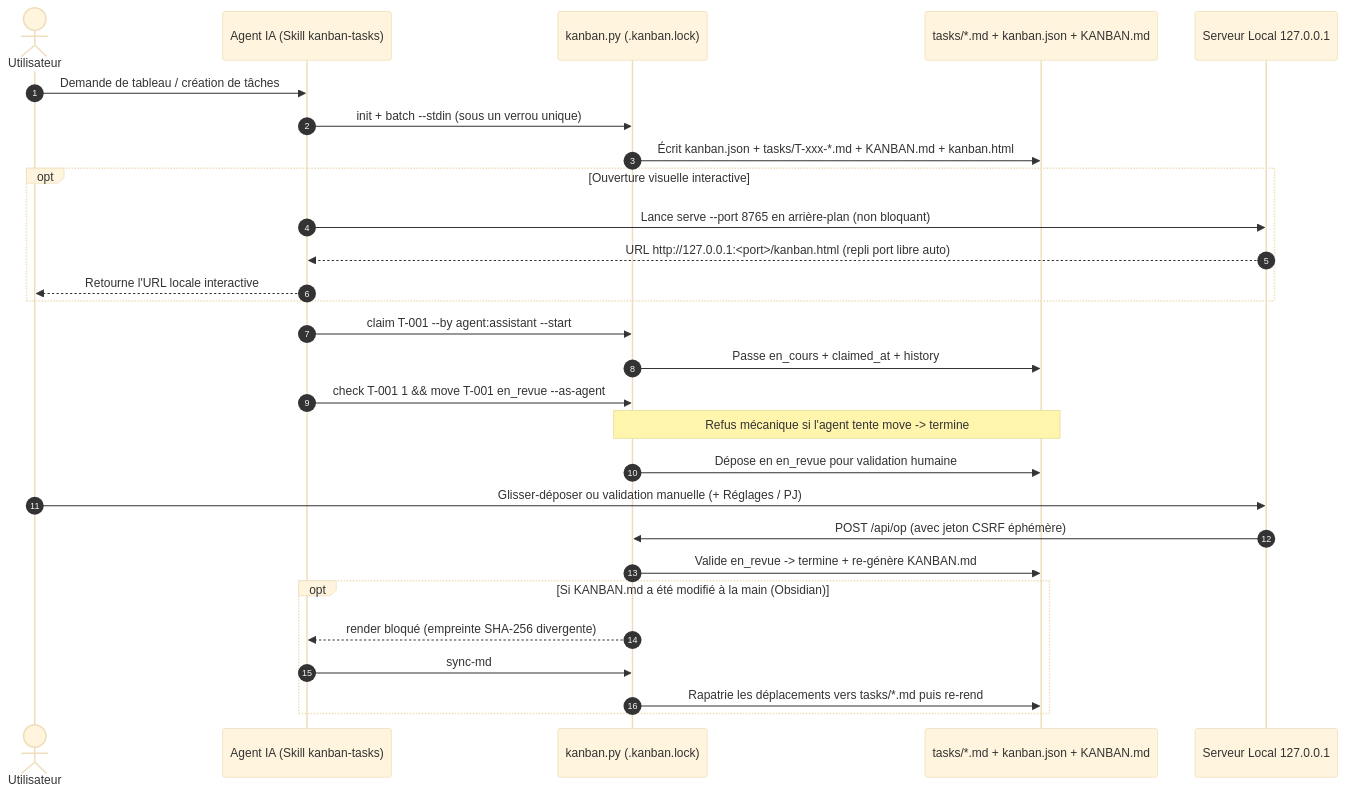
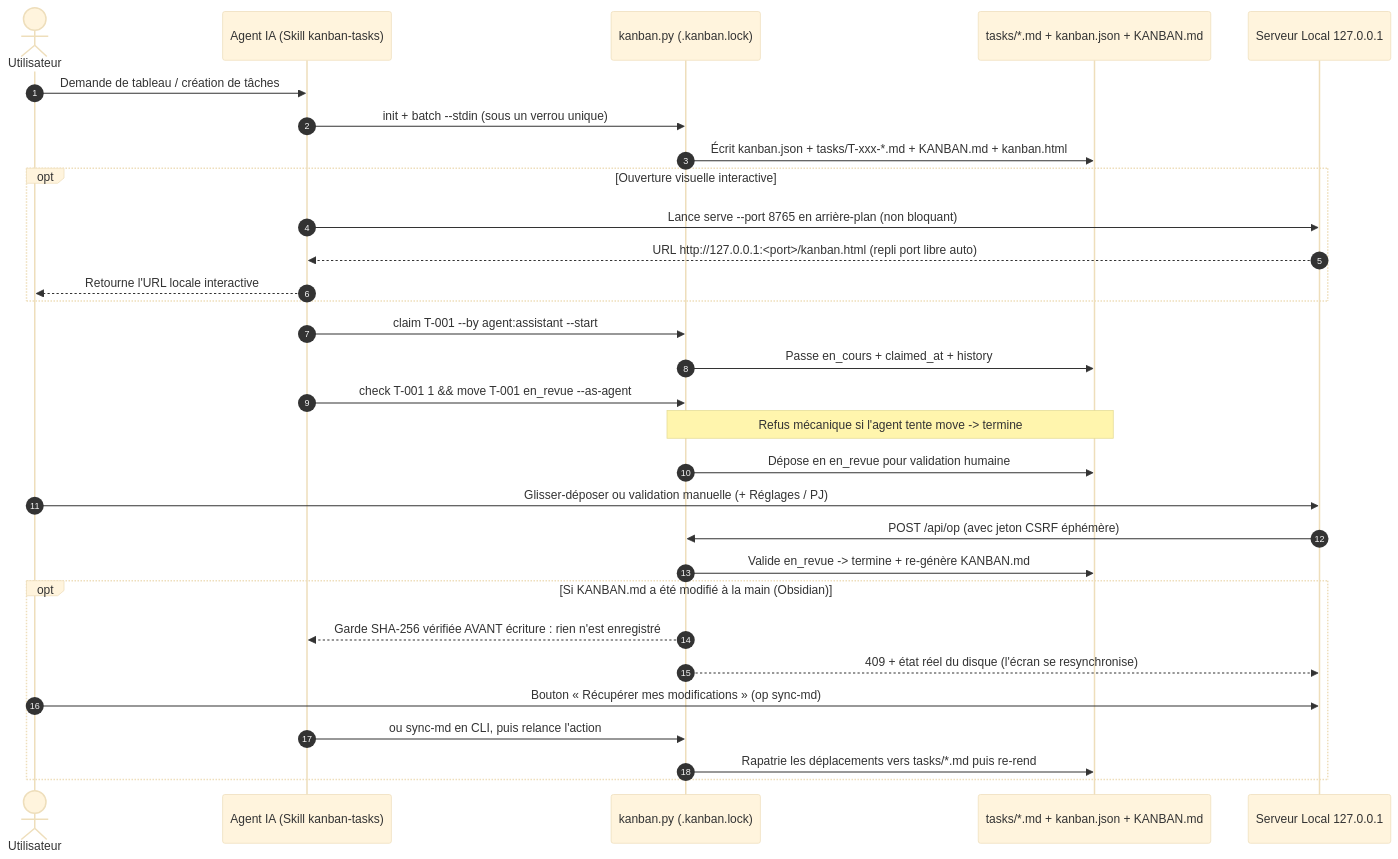
The second of 3 diagrams in skills/kanban-tasks/references/processus.md (Melkyzedec/Toolbox), drawn with Mermaid (base theme) before and after one commit. The commit also changed other lines of this file and 2 other files, not shown here.

Commit message:
fix(kanban-tasks,ux): garde KANBAN.md prealable (409), ordres Agent/Humain, contrastes 4.5:1 et bandeau d'erreur persistant (#11)

````diff
--- a/skills/kanban-tasks/references/processus.md
+++ b/skills/kanban-tasks/references/processus.md
@@ -50,35 +50,37 @@
 ```mermaid
 sequenceDiagram
     autonumber
     actor Humain as Utilisateur
     participant Agent as Agent IA (Skill kanban-tasks)
     participant Engine as kanban.py (.kanban.lock)
     participant Disk as tasks/*.md + kanban.json + KANBAN.md
     participant Web as Serveur Local 127.0.0.1
 
     Humain->>Agent: Demande de tableau / création de tâches
     Agent->>Engine: init + batch --stdin (sous un verrou unique)
     Engine->>Disk: Écrit kanban.json + tasks/T-xxx-*.md + KANBAN.md + kanban.html
 
     opt Ouverture visuelle interactive
         Agent->>Web: Lance serve --port 8765 en arrière-plan (non bloquant)
         Web-->>Agent: URL http://127.0.0.1:<port>/kanban.html (repli port libre auto)
         Agent-->>Humain: Retourne l'URL locale interactive
     end
 
     Agent->>Engine: claim T-001 --by agent:assistant --start
     Engine->>Disk: Passe en_cours + claimed_at + history
     Agent->>Engine: check T-001 1 && move T-001 en_revue --as-agent
     Note over Engine,Disk: Refus mécanique si l'agent tente move -> termine
     Engine->>Disk: Dépose en en_revue pour validation humaine
 
     Humain->>Web: Glisser-déposer ou validation manuelle (+ Réglages / PJ)
     Web->>Engine: POST /api/op (avec jeton CSRF éphémère)
     Engine->>Disk: Valide en_revue -> termine + re-génère KANBAN.md
 
     opt Si KANBAN.md a été modifié à la main (Obsidian)
-        Engine-->>Agent: render bloqué (empreinte SHA-256 divergente)
-        Agent->>Engine: sync-md
+        Engine-->>Agent: Garde SHA-256 vérifiée AVANT écriture : rien n'est enregistré
+        Engine-->>Web: 409 + état réel du disque (l'écran se resynchronise)
+        Humain->>Web: Bouton « Récupérer mes modifications » (op sync-md)
+        Agent->>Engine: ou sync-md en CLI, puis relance l'action
         Engine->>Disk: Rapatrie les déplacements vers tasks/*.md puis re-rend
     end
 ```
````
